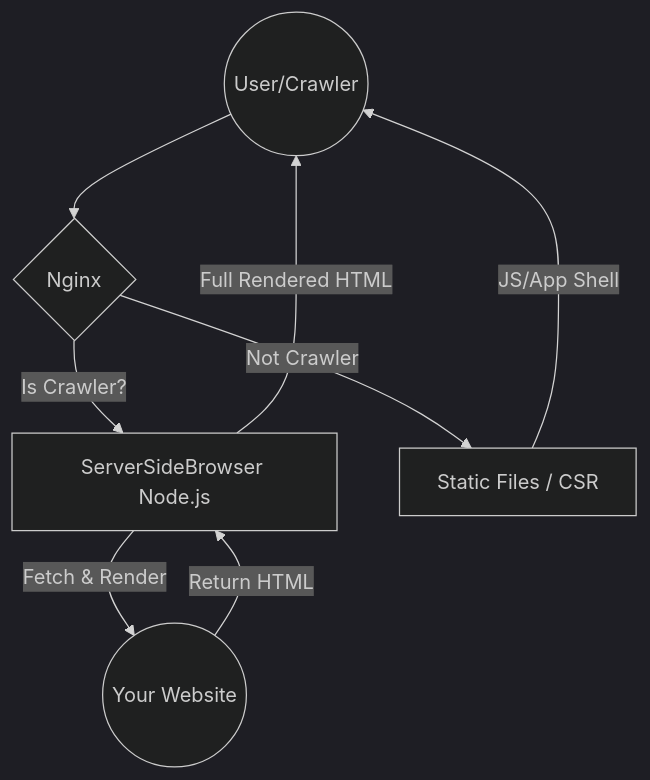
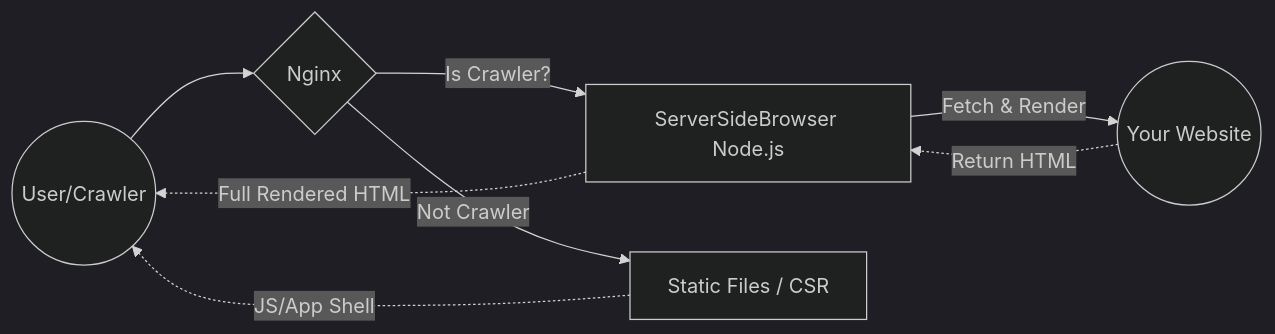
Before and after one commit to leechunyen/ServerSideBrowser: the diagram in README.md, drawn with Mermaid (dark theme). The commit also changed other lines of this file and 6 other files, not shown here.

````diff
--- a/README.md
+++ b/README.md
@@ -16,10 +19,12 @@
 ```mermaid
-graph TD
+graph LR
     User((User/Crawler)) --> Nginx{Nginx}
-    Nginx -- Is Crawler? --> SSR[ServerSideBrowser Node.js]
-    Nginx -- Not Crawler --> Frontend[Static Files / CSR]
-    SSR -- Fetch & Render --> Website((Your Website))
-    Website -- Return HTML --> SSR
-    SSR -- Full Rendered HTML --> User
-    Frontend -- JS/App Shell --> User
+    Nginx -- "Is Crawler?" --> SSR[ServerSideBrowser Node.js]
+    Nginx -- "Not Crawler" --> Frontend[Static Files / CSR]
+    
+    SSR -- "Fetch & Render" --> Website((Your Website))
+    Website -. "Return HTML" .-> SSR
+    
+    SSR -. "Full Rendered HTML" .-> User
+    Frontend -. "JS/App Shell" .-> User
 ```
````
